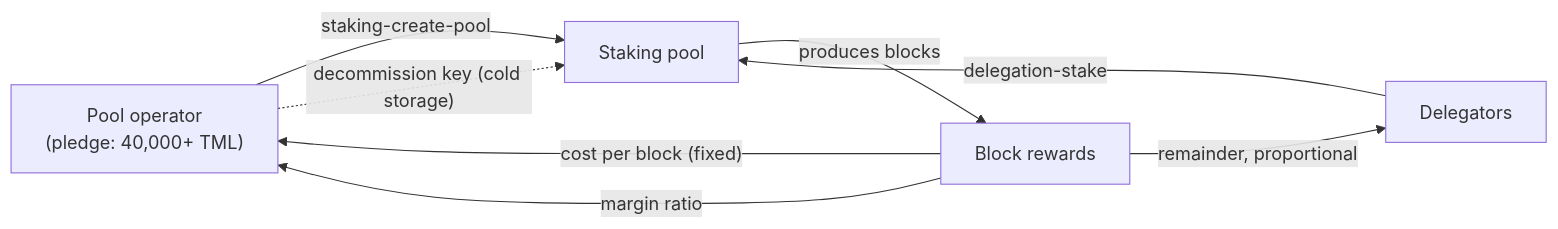
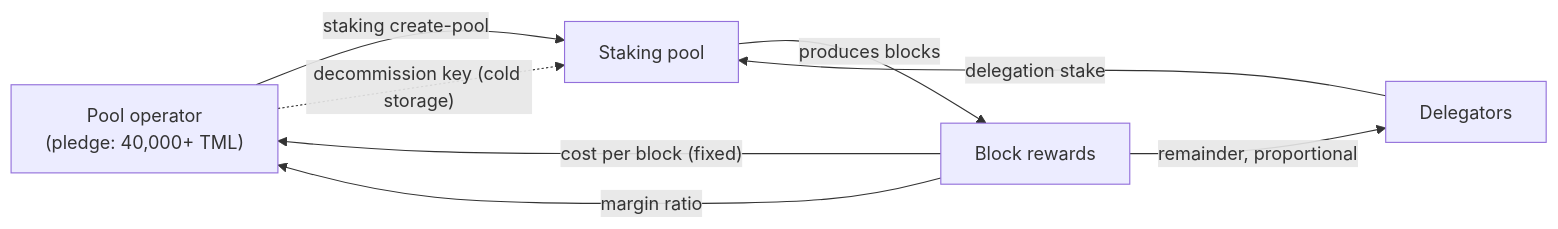
One commit to mintlayer/mintlayer-docs changed the diagram in docs/guides/cli/managing-a-staking-pool.md. Above: the diagram before and after it, drawn with Mermaid. The commit also changed other lines of this file and 194 other files, not shown here.

````diff
--- a/docs/guides/cli/managing-a-staking-pool.md
+++ b/docs/guides/cli/managing-a-staking-pool.md
@@ -26,10 +26,10 @@
 ```mermaid
 flowchart LR
-    OP["Pool operator<br/>(pledge: 40,000+ TML)"] -->|"staking-create-pool"| POOL["Staking pool"]
-    DEL["Delegators"] -->|"delegation-stake"| POOL
+    OP["Pool operator<br/>(pledge: 40,000+ TML)"] -->|"staking create-pool"| POOL["Staking pool"]
+    DEL["Delegators"] -->|"delegation stake"| POOL
     POOL -->|"produces blocks"| REWARDS["Block rewards"]
     REWARDS -->|"cost per block (fixed)"| OP
     REWARDS -->|"margin ratio"| OP
     REWARDS -->|"remainder, proportional"| DEL
     OP -.->|"decommission key (cold storage)"| POOL
 ```
````
